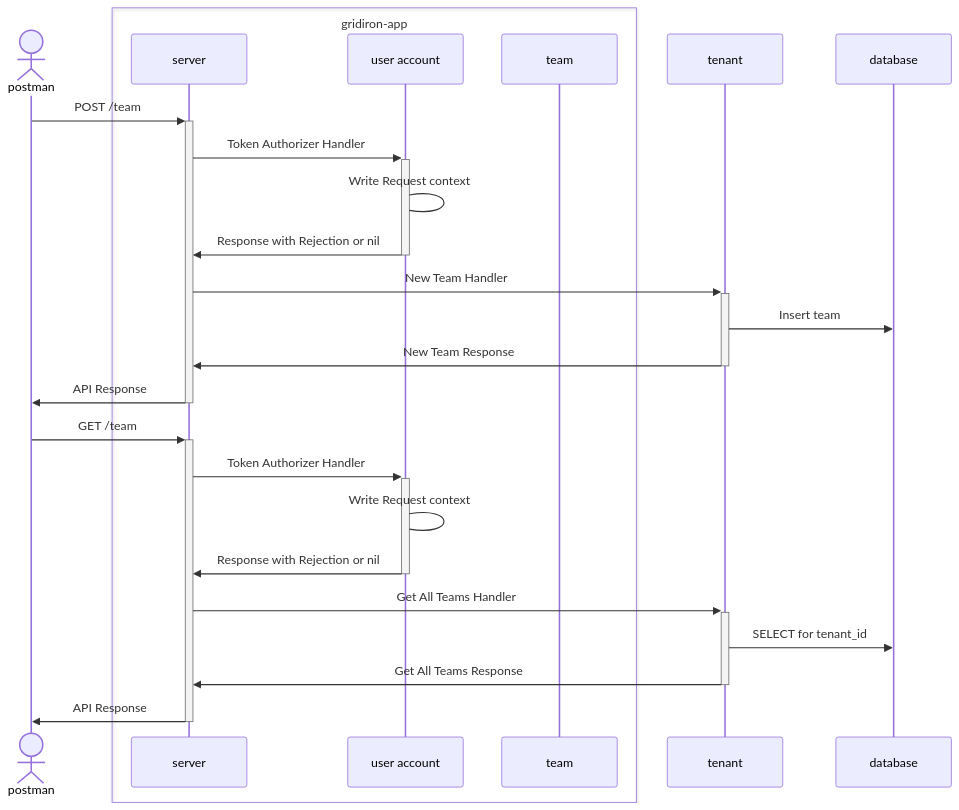
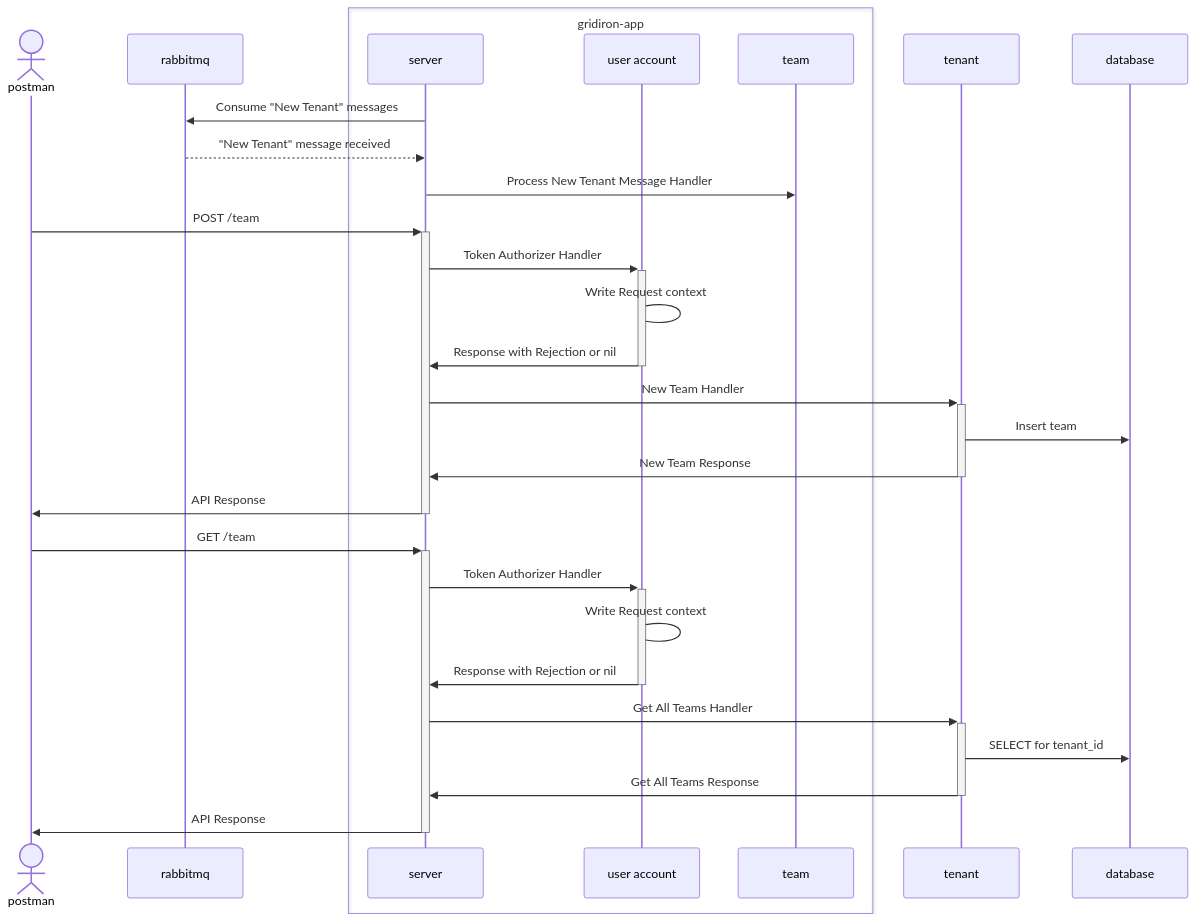
The third of 5 diagrams in docs/TECHNICAL_DESIGN.md (ccthomas/gridiron), drawn with Mermaid before and after one commit. The commit also changed other lines of this file and 21 other files, not shown here.

````diff
--- a/docs/TECHNICAL_DESIGN.md
+++ b/docs/TECHNICAL_DESIGN.md
@@ -205,27 +207,33 @@
 ```mermaid
 sequenceDiagram
     actor postman
+    participant rabbitmq
     box gridiron-app
     participant server
     participant user account
     participant team
     end
+
+    server->>rabbitmq: Consume "New Tenant" messages
+
+    rabbitmq-->>server: "New Tenant" message received
+    server->>team: Process New Tenant Message Handler
+  
     postman->>+server: POST /team
     server->>+user account: Token Authorizer Handler
     user account->user account: Write Request context
     user account->>-server: Response with Rejection or nil
     server->>+tenant: New Team Handler
     tenant->>database: Insert team
     tenant->>-server: New Team Response
     server->>-postman: API Response
 
     postman->>+server: GET /team
     server->>+user account: Token Authorizer Handler
     user account->user account: Write Request context
     user account->>-server: Response with Rejection or nil
     server->>+tenant: Get All Teams Handler
     tenant->>database: SELECT for tenant_id
     tenant->>-server: Get All Teams Response
     server->>-postman: API Response
-
 ```
````
